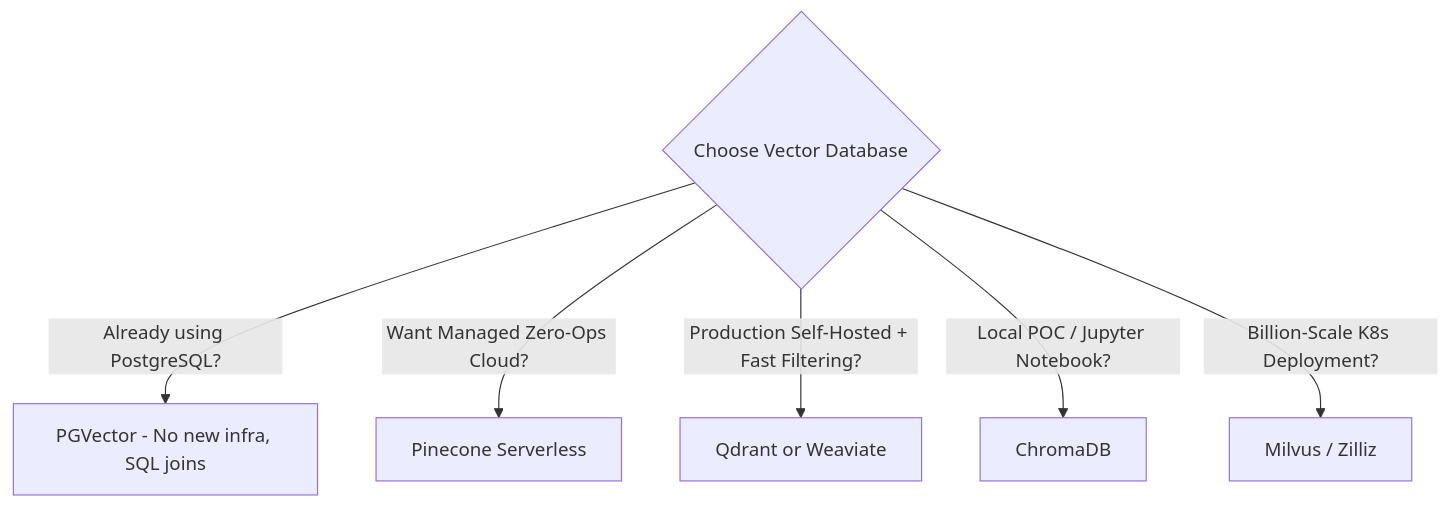
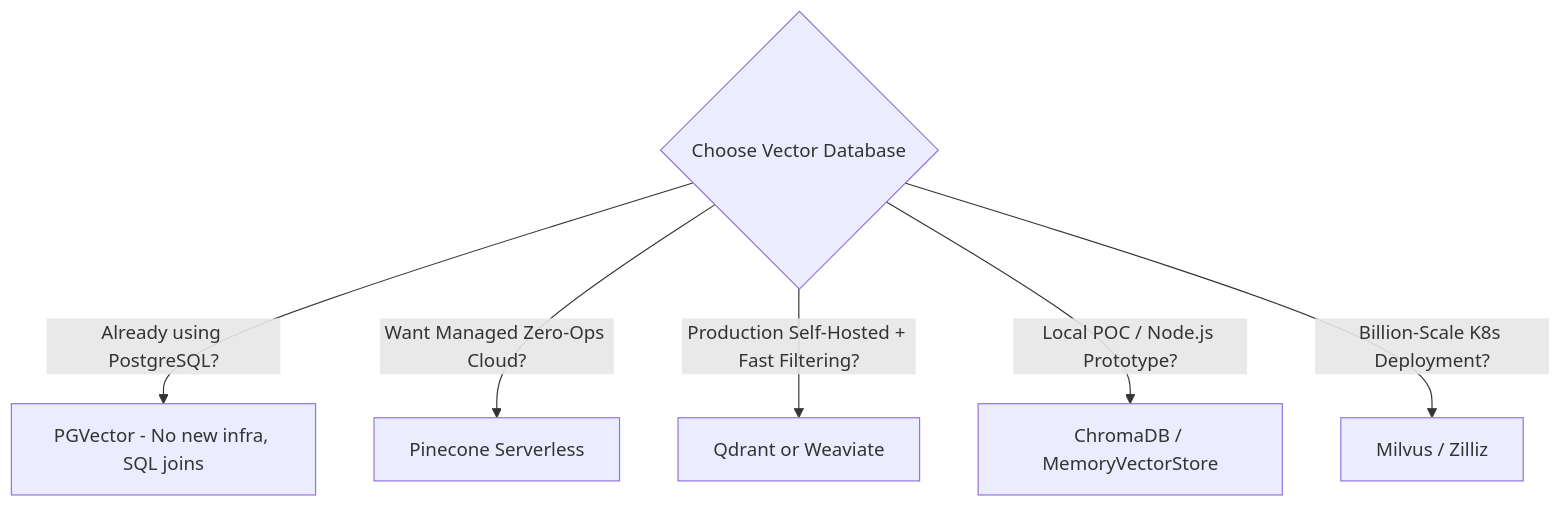
The tenth of 33 diagrams in RAG/01_RAG_30_Questions.md (Nishant8826/theory-leaning), drawn with Mermaid before and after one commit. The commit also changed other lines of this file and 1 other file, not shown here.

````diff
--- a/RAG/01_RAG_30_Questions.md
+++ b/RAG/01_RAG_30_Questions.md
@@ -505,9 +648,9 @@
 ```mermaid
 graph TD
     DB{Choose Vector Database}
     DB -->|Already using PostgreSQL?| P1[PGVector - No new infra, SQL joins]
     DB -->|Want Managed Zero-Ops Cloud?| P2[Pinecone Serverless]
     DB -->|Production Self-Hosted + Fast Filtering?| P3[Qdrant or Weaviate]
-    DB -->|Local POC / Jupyter Notebook?| P4[ChromaDB]
+    DB -->|Local POC / Node.js Prototype?| P4[ChromaDB / MemoryVectorStore]
     DB -->|Billion-Scale K8s Deployment?| P5[Milvus / Zilliz]
 ```
````
